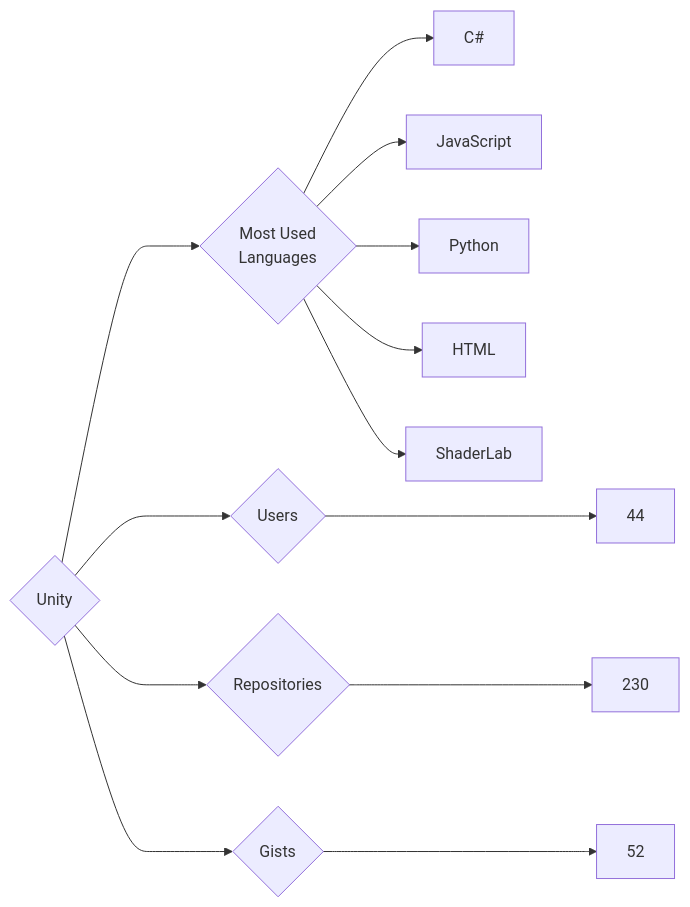
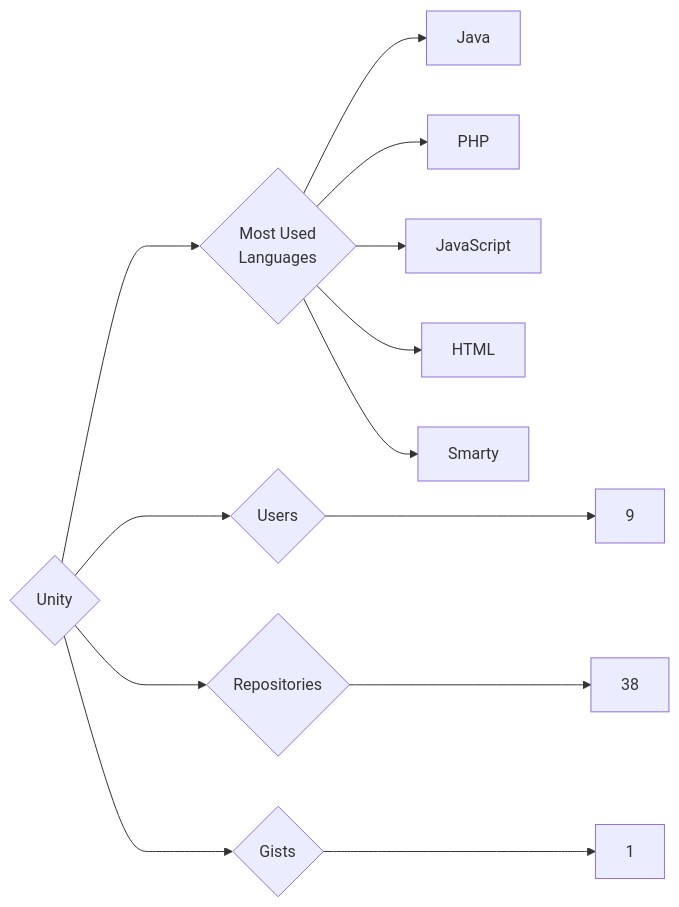
Before and after one commit to trickest/insiders: the diagram in targets/Unity/README.md, drawn with Mermaid. The commit also changed 1696 other files, not shown here.

````diff
--- a/targets/Unity/README.md
+++ b/targets/Unity/README.md
@@ -3,13 +3,13 @@
 ```mermaid
 graph LR
 COMPANY_NAME{Unity}
-COMPANY_NAME ---> U{Users} ---> UN[44]
-COMPANY_NAME ---> R{Repositories} ---> RN[230]
-COMPANY_NAME ---> G{Gists} ---> GN[52]
+COMPANY_NAME ---> U{Users} ---> UN[9]
+COMPANY_NAME ---> R{Repositories} ---> RN[38]
+COMPANY_NAME ---> G{Gists} ---> GN[1]
 COMPANY_NAME ---> ML{Most Used<br>Languages}
-ML --> C#[C#]
+ML --> Java[Java]
+ML --> PHP[PHP]
 ML --> JavaScript[JavaScript]
-ML --> Python[Python]
 ML --> HTML[HTML]
-ML --> ShaderLab[ShaderLab]
+ML --> Smarty[Smarty]
 ```
````
